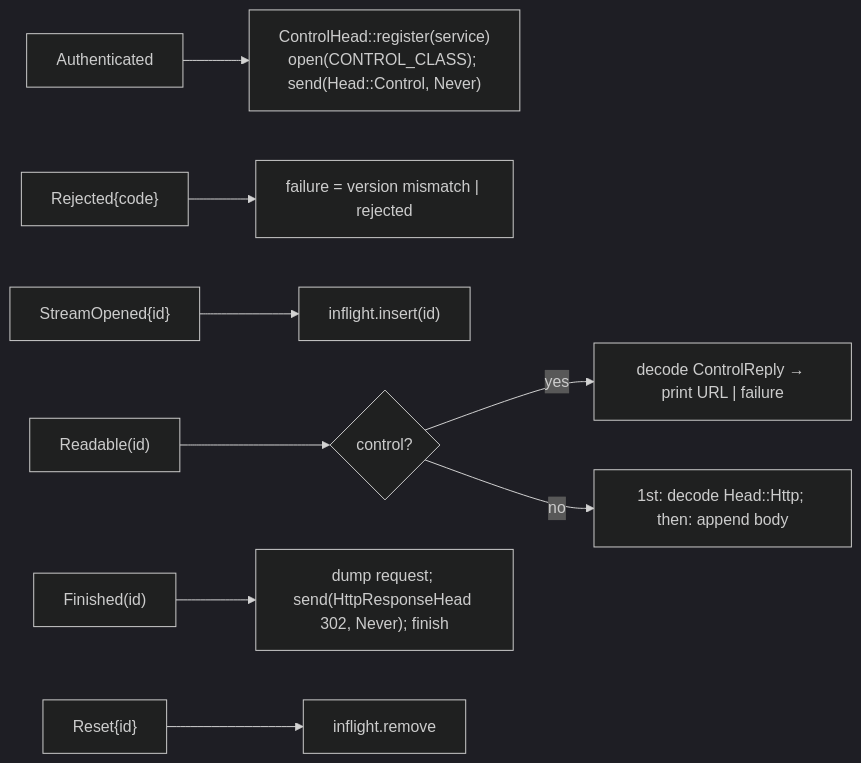
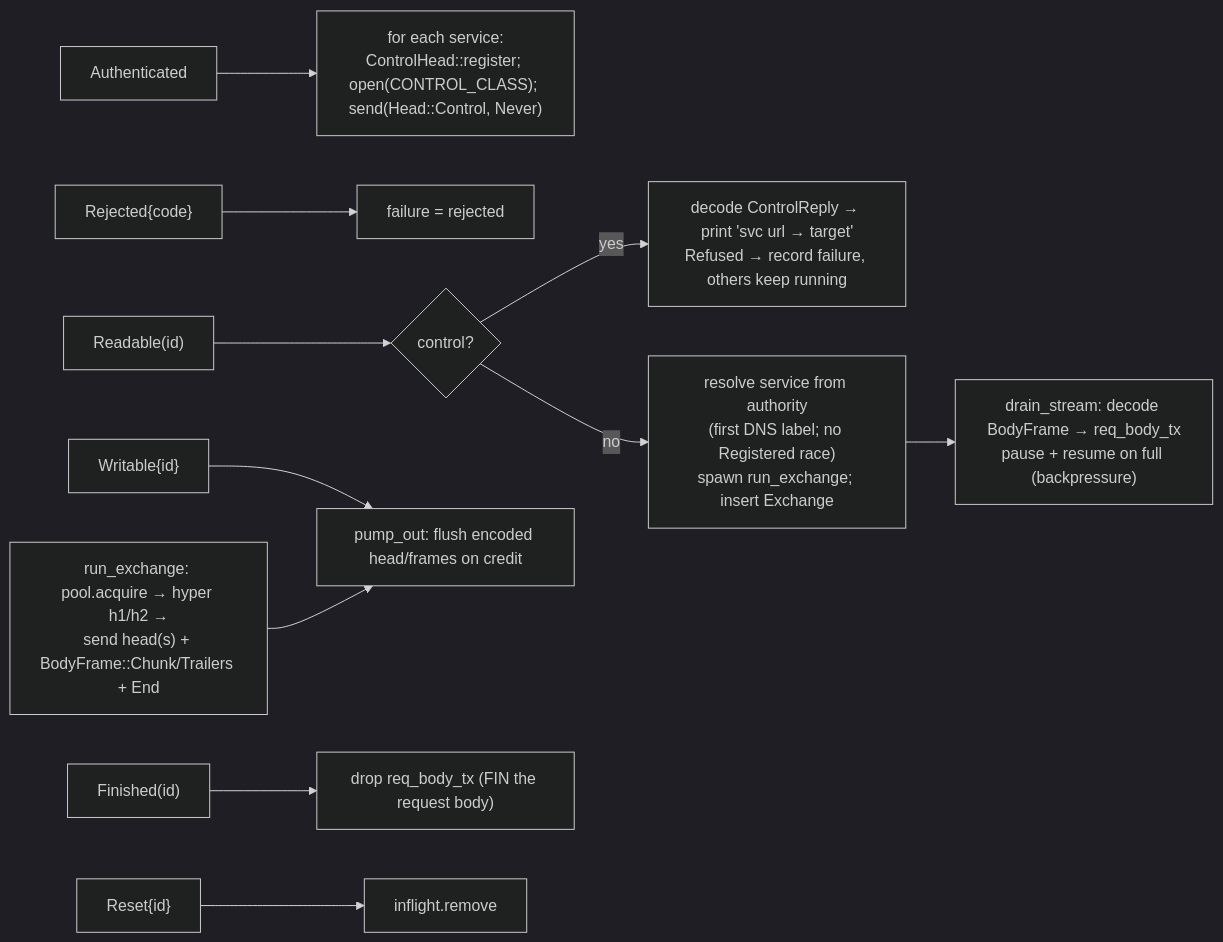
One commit to OffworldNexus/tunnel-weaver changed diagram 12 of 13 in docs/architecture.md. Above: the diagram before and after it, drawn with Mermaid (dark theme). The commit also changed other lines of this file and 32 other files, not shown here.

````diff
--- a/docs/architecture.md
+++ b/docs/architecture.md
@@ -433,11 +459,13 @@
 ```mermaid
 flowchart LR
-    Auth["Authenticated"] --> openc["ControlHead::register(service)<br/>open(CONTROL_CLASS); send(Head::Control, Never)"]
-    Rej["Rejected{code}"] --> f1["failure = version mismatch | rejected"]
-    SO["StreamOpened{id}"] --> track["inflight.insert(id)"]
+    Auth["Authenticated"] --> openc["for each service:<br/>ControlHead::register; open(CONTROL_CLASS); send(Head::Control, Never)"]
+    Rej["Rejected{code}"] --> f1["failure = rejected"]
     Rd["Readable(id)"] --> which{"control?"}
-    which -- yes --> ctl["decode ControlReply → print URL | failure"]
-    which -- no --> body["1st: decode Head::Http; then: append body"]
-    Fin["Finished(id)"] --> resp["dump request; send(HttpResponseHead 302, Never); finish"]
+    which -- yes --> ctl["decode ControlReply → print 'svc url → target'<br/>Refused → record failure, others keep running"]
+    which -- no --> start["resolve service from authority<br/>(first DNS label; no Registered race)<br/>spawn run_exchange; insert Exchange"]
+    start --> drain["drain_stream: decode BodyFrame → req_body_tx<br/>pause + resume on full (backpressure)"]
+    Wr["Writable{id}"] --> pump["pump_out: flush encoded head/frames on credit"]
+    out["run_exchange: pool.acquire → hyper h1/h2 →<br/>send head(s) + BodyFrame::Chunk/Trailers + End"] --> pump
+    Fin["Finished(id)"] --> drop["drop req_body_tx (FIN the request body)"]
     Rs["Reset{id}"] --> rm["inflight.remove"]
 ```
````
